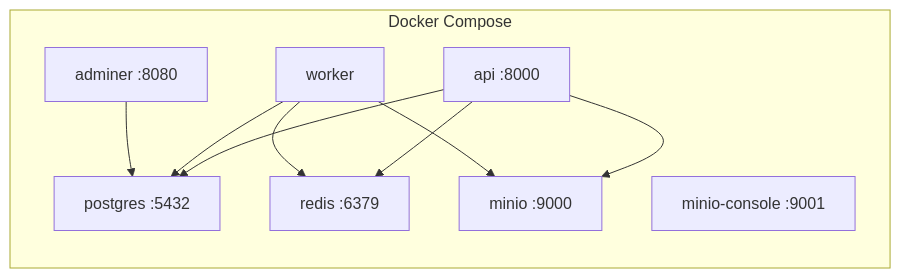
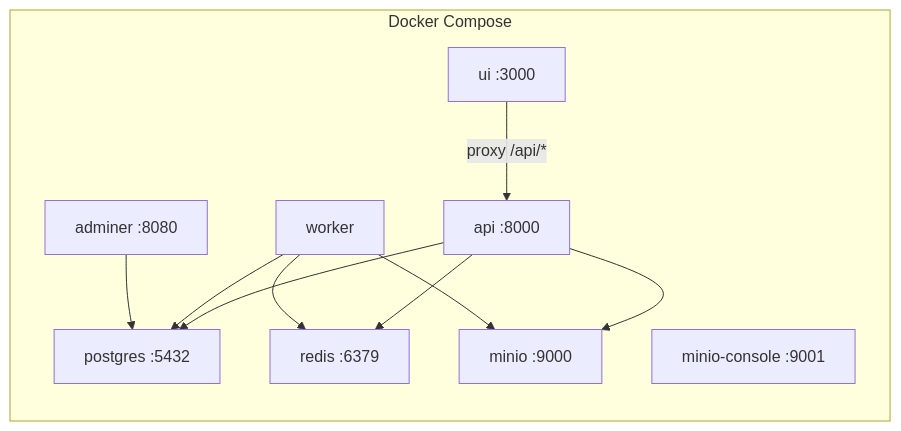
One commit to KarthikUdyawar/melo changed the fourth of 4 diagrams in README.md. Above: the diagram before and after it, drawn with Mermaid. The commit also changed other lines of this file and 22 other files, not shown here.

````diff
--- a/README.md
+++ b/README.md
@@ -123,20 +128,22 @@
 ```mermaid
 graph LR
     subgraph Docker Compose
+        UI[ui :3000]
         API[api :8000]
         Worker[worker]
         PG[postgres :5432]
         Redis[redis :6379]
         MinIO[minio :9000]
         Adminer[adminer :8080]
         MinIOConsole[minio-console :9001]
     end
 
+    UI -->|proxy /api/*| API
     API --> PG
     API --> Redis
     API --> MinIO
     Worker --> PG
     Worker --> Redis
     Worker --> MinIO
     Adminer --> PG
 ```
````
